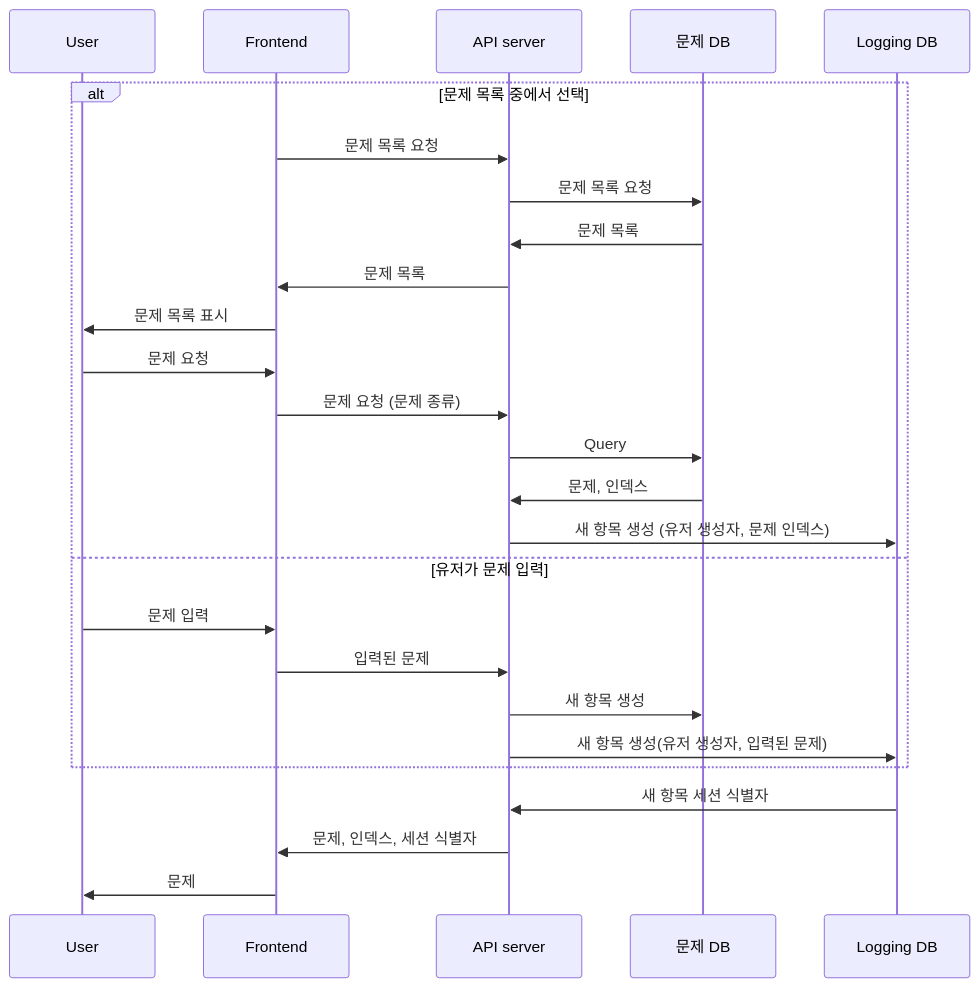
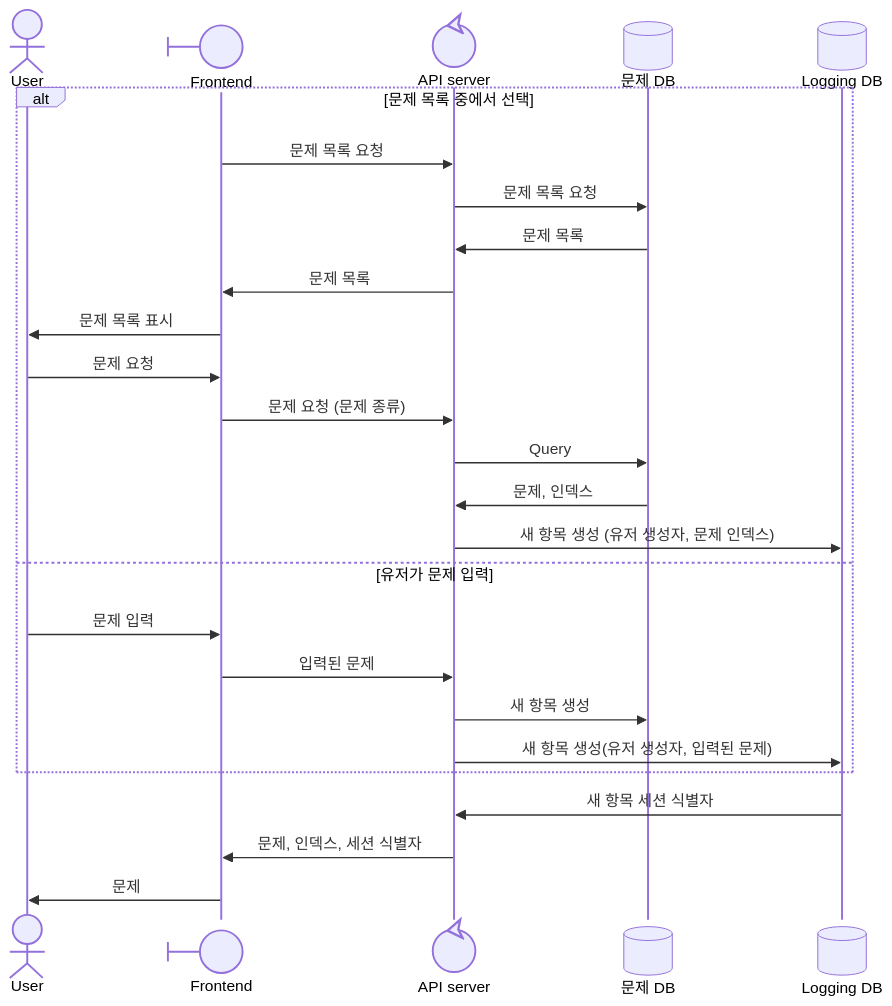
One commit to bookyoulove/paragraphy changed the second of 5 diagrams in 설계문서/시퀀스 다이어그램.md. Above: the diagram before and after it, drawn with Mermaid. The commit also changed other lines of this file, not shown here.

Commit message:
시퀀스 다이어그램 심볼

````diff
--- a/설계문서/시퀀스 다이어그램.md
+++ b/설계문서/시퀀스 다이어그램.md
@@ -24,28 +24,28 @@
 ```mermaid
 sequenceDiagram
-    participant User
-    participant Frontend
-    participant API as API server
-    participant problem as 문제 DB
-    participant log as Logging DB
+    actor User
+    participant Frontend@{ "type" : "boundary" }
+    participant API@{ "type" : "control" , alias: "API server"}
+    participant problem@{ "type" : "database" , alias: "문제 DB"}
+    participant log@{ "type" : "database" , alias: "Logging DB"}
     alt 문제 목록 중에서 선택
     Frontend->>API:문제 목록 요청
     API->>problem:문제 목록 요청
     problem->>API: 문제 목록
     API->>Frontend: 문제 목록
     Frontend->>User:문제 목록 표시
     User->>Frontend:문제 요청
     Frontend->>API:문제 요청 (문제 종류)
     API->>problem: Query
     problem->>API: 문제, 인덱스
     API->>log: 새 항목 생성 (유저 생성자, 문제 인덱스)
     else유저가 문제 입력
     User->>Frontend: 문제 입력
     Frontend->>API: 입력된 문제
     API->>problem: 새 항목 생성
     API->>log: 새 항목 생성(유저 생성자, 입력된 문제)
     end
     log->>API: 새 항목 세션 식별자
     API->>Frontend: 문제, 인덱스, 세션 식별자
     Frontend->>User: 문제
 ```
````
